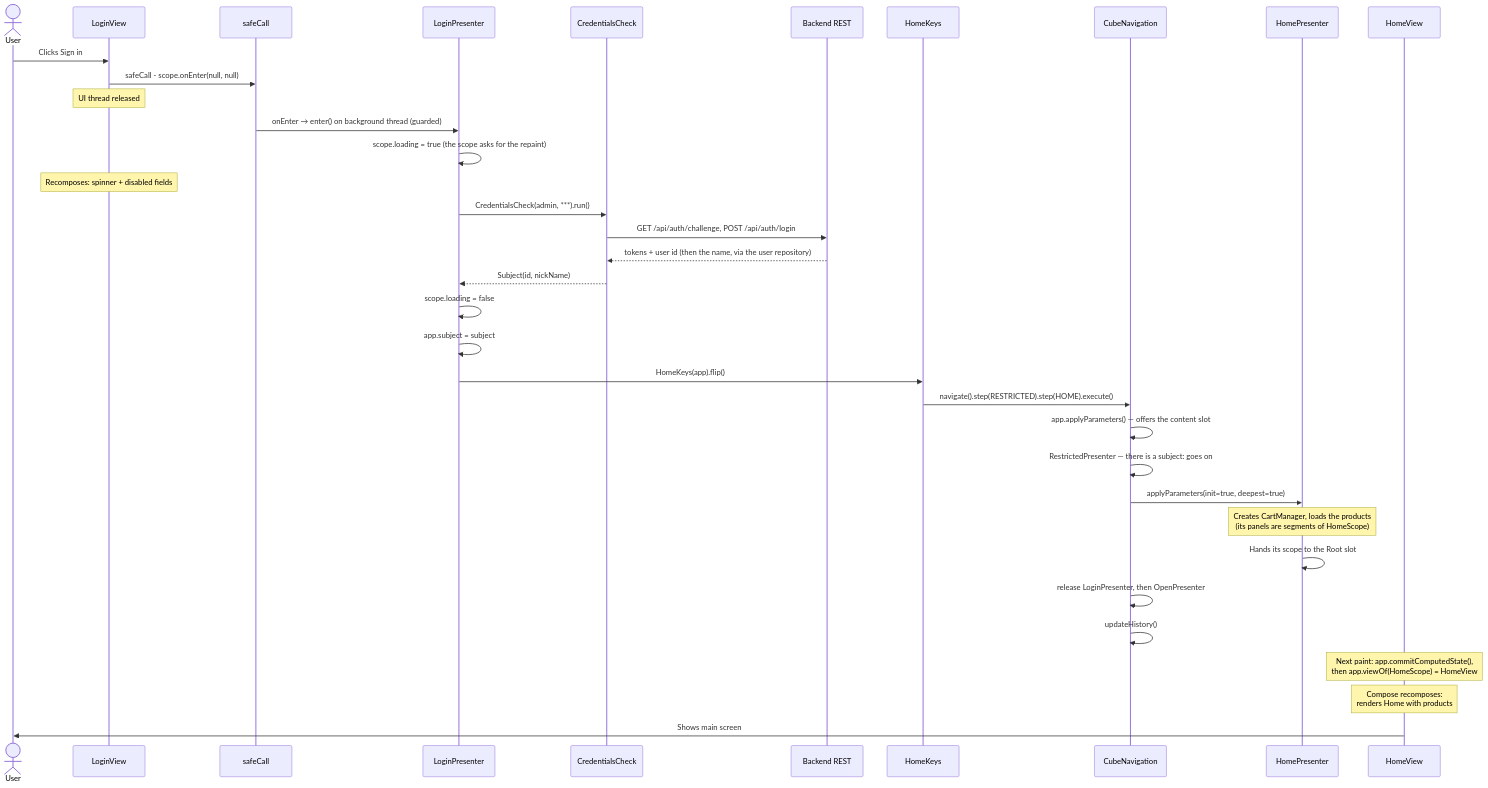
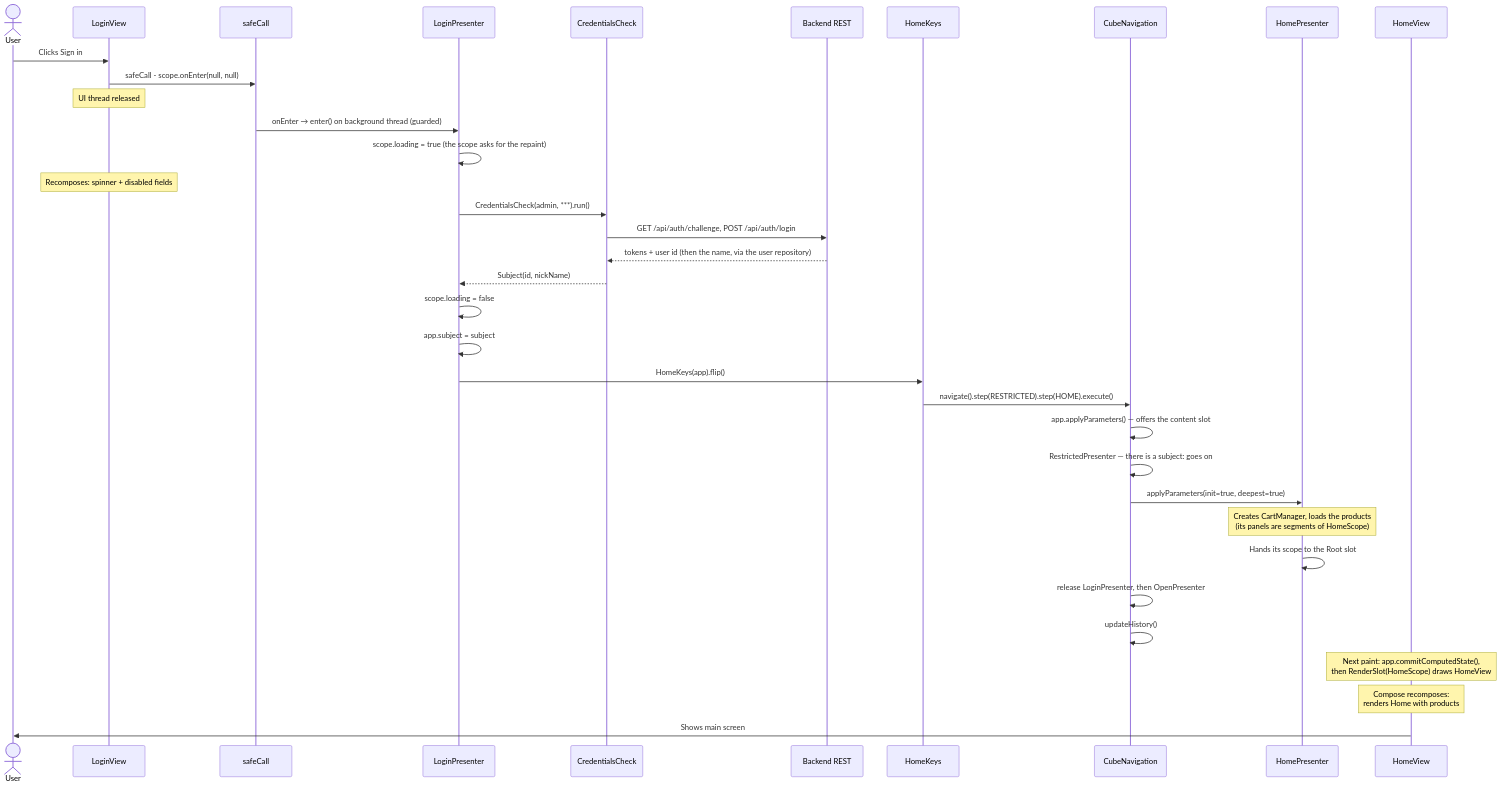
The tenth of 10 diagrams in docs/architecture.md (mrcdom/wdc-cube-kotlin), drawn with Mermaid before and after one commit. The commit also changed other lines of this file and 9 other files, not shown here.

````diff
--- a/docs/architecture.md
+++ b/docs/architecture.md
@@ -545,45 +545,45 @@
 ```mermaid
 sequenceDiagram
     actor User as User
     participant LV as LoginView
     participant SC as safeCall
     participant LP as LoginPresenter
     participant LS as CredentialsCheck
     participant API as Backend REST
     participant Keys as HomeKeys
     participant Nav as CubeNavigation
     participant HP as HomePresenter
     participant HV as HomeView
 
     User->>LV: Clicks Sign in
     LV->>SC: safeCall - scope.onEnter(null, null)
     Note over LV: UI thread released
 
     SC->>LP: onEnter → enter() on background thread (guarded)
     LP->>LP: scope.loading = true (the scope asks for the repaint)
     Note over LV: Recomposes: spinner + disabled fields
 
     LP->>LS: CredentialsCheck(admin, ***).run()
     LS->>API: GET /api/auth/challenge, POST /api/auth/login
     API-->>LS: tokens + user id (then the name, via the user repository)
     LS-->>LP: Subject(id, nickName)
 
     LP->>LP: scope.loading = false
     LP->>LP: app.subject = subject
 
     LP->>Keys: HomeKeys(app).flip()
     Keys->>Nav: navigate().step(RESTRICTED).step(HOME).execute()
 
     Nav->>Nav: app.applyParameters() — offers the content slot
     Nav->>Nav: RestrictedPresenter — there is a subject: goes on
     Nav->>HP: applyParameters(init=true, deepest=true)
     Note over HP: Creates CartManager, loads the products<br/>(its panels are segments of HomeScope)
     HP->>HP: Hands its scope to the Root slot
 
     Nav->>Nav: release LoginPresenter, then OpenPresenter
     Nav->>Nav: updateHistory()
-    Note over HV: Next paint: app.commitComputedState(),<br/>then app.viewOf(HomeScope) = HomeView
+    Note over HV: Next paint: app.commitComputedState(),<br/>then RenderSlot(HomeScope) draws HomeView
 
     Note over HV: Compose recomposes:<br/>renders Home with products
     HV->>User: Shows main screen
 ```
````
